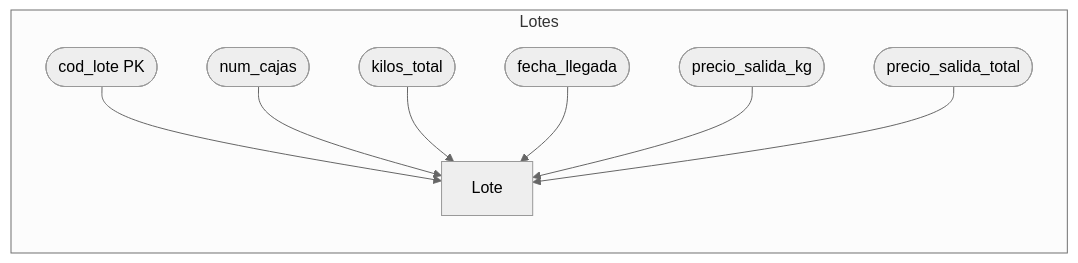
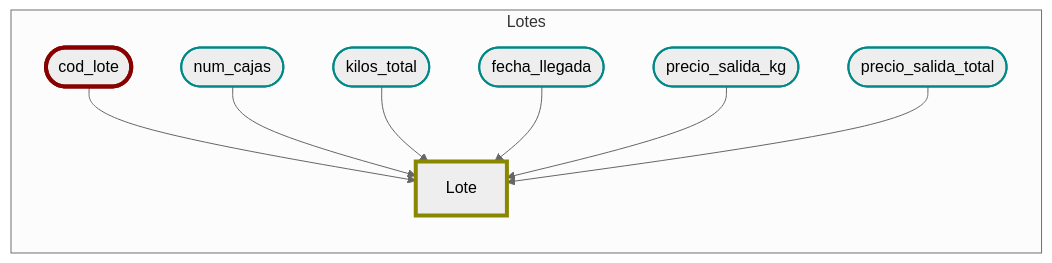
Before and after one commit to JulTob/Data: the first of 7 diagrams in DataBases/lonja_DB.md, drawn with Mermaid (neutral theme). The commit also changed other lines of this file, not shown here.

````diff
--- a/DataBases/lonja_DB.md
+++ b/DataBases/lonja_DB.md
@@ -146,14 +146,19 @@
 ```mermaid
-flowchart LR   
+flowchart LR
+  classDef atributo stroke:#088,stroke-width:2px;
+  classDef pk stroke:#800,stroke-width:4px;
+  classDef entidad stroke:#880,stroke-width:4px;
+
   %% Atributos LOTE
   subgraph Lotes
-  cod_lote([cod_lote PK]):::atributo --> Lote
-  num_cajas([num_cajas]):::atributo --> Lote
-  kilos_total([kilos_total]):::atributo --> Lote
-  fecha_llegada([fecha_llegada]):::atributo --> Lote
-  precio_salida_kg([precio_salida_kg]):::atributo --> Lote
-  precio_salida_total([precio_salida_total]):::atributo --> Lote
-  end
+    cod_lote([cod_lote]):::pk --> Lote
+    num_cajas([num_cajas]):::atributo --> Lote
+    kilos_total([kilos_total]):::atributo --> Lote
+    fecha_llegada([fecha_llegada]):::atributo --> Lote
+    precio_salida_kg([precio_salida_kg]):::atributo --> Lote
+    precio_salida_total([precio_salida_total]):::atributo --> Lote
+    Lote:::entidad
+    end
 
 
 ```
````
